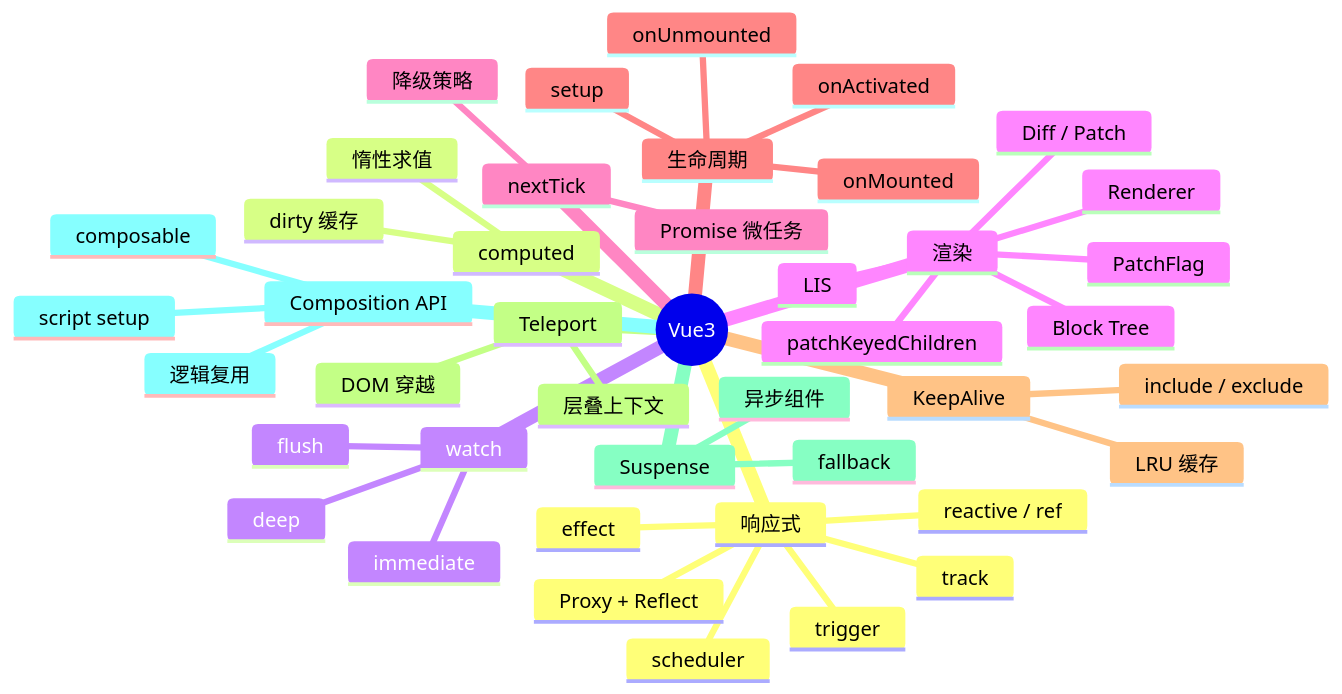
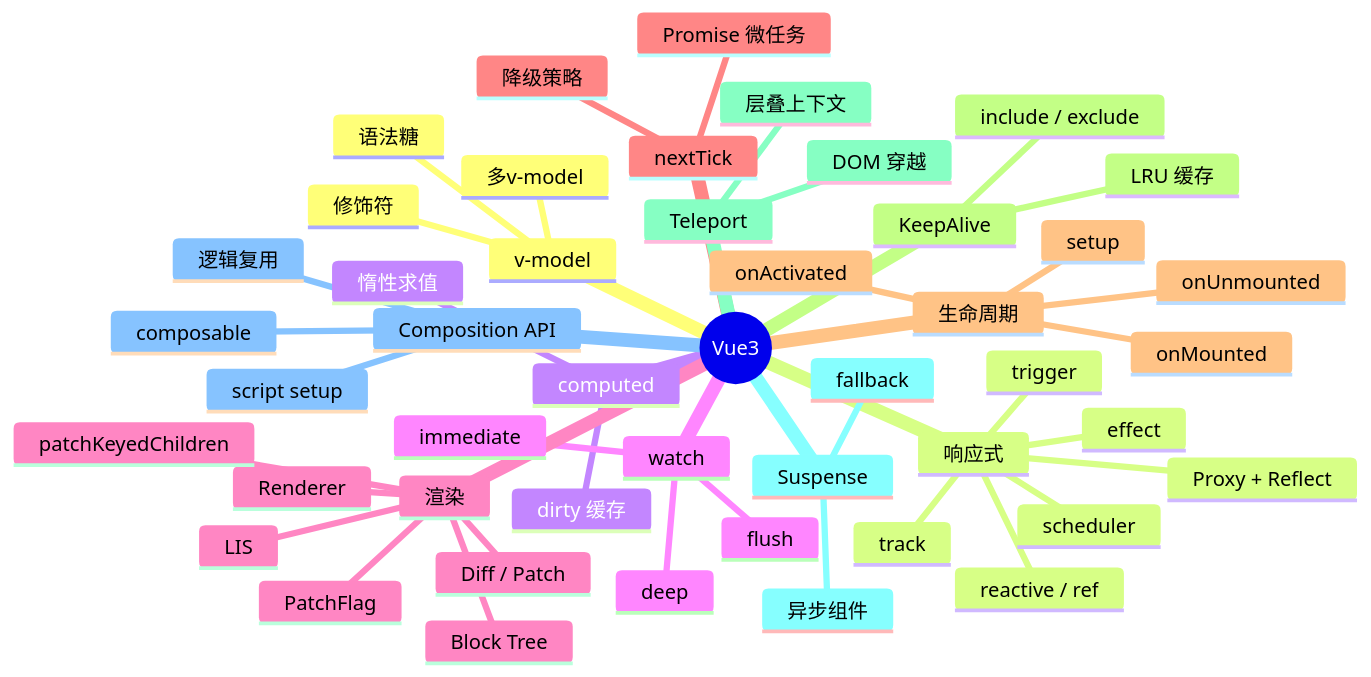
The diagram in docs/Vue3/index.md (zjh42139/interview-notes), drawn with Mermaid before and after one commit. The commit also changed other lines of this file and 12 other files, not shown here.

````diff
--- a/docs/Vue3/index.md
+++ b/docs/Vue3/index.md
@@ -9,46 +9,50 @@
 ```mermaid
 mindmap
   root((Vue3))
+    v-model
+      语法糖
+      多v-model
+      修饰符
     响应式
       Proxy + Reflect
       reactive / ref
       effect
       track
       trigger
       scheduler
     computed
       dirty 缓存
       惰性求值
     watch
       deep
       immediate
       flush
     渲染
       Renderer
       Diff / Patch
       patchKeyedChildren
       LIS
       Block Tree
       PatchFlag
     nextTick
       Promise 微任务
       降级策略
     生命周期
       setup
       onMounted
       onUnmounted
       onActivated
     KeepAlive
       LRU 缓存
       include / exclude
     Teleport
       DOM 穿越
       层叠上下文
     Suspense
       异步组件
       fallback
     Composition API
       composable
       script setup
       逻辑复用
 ```
````
